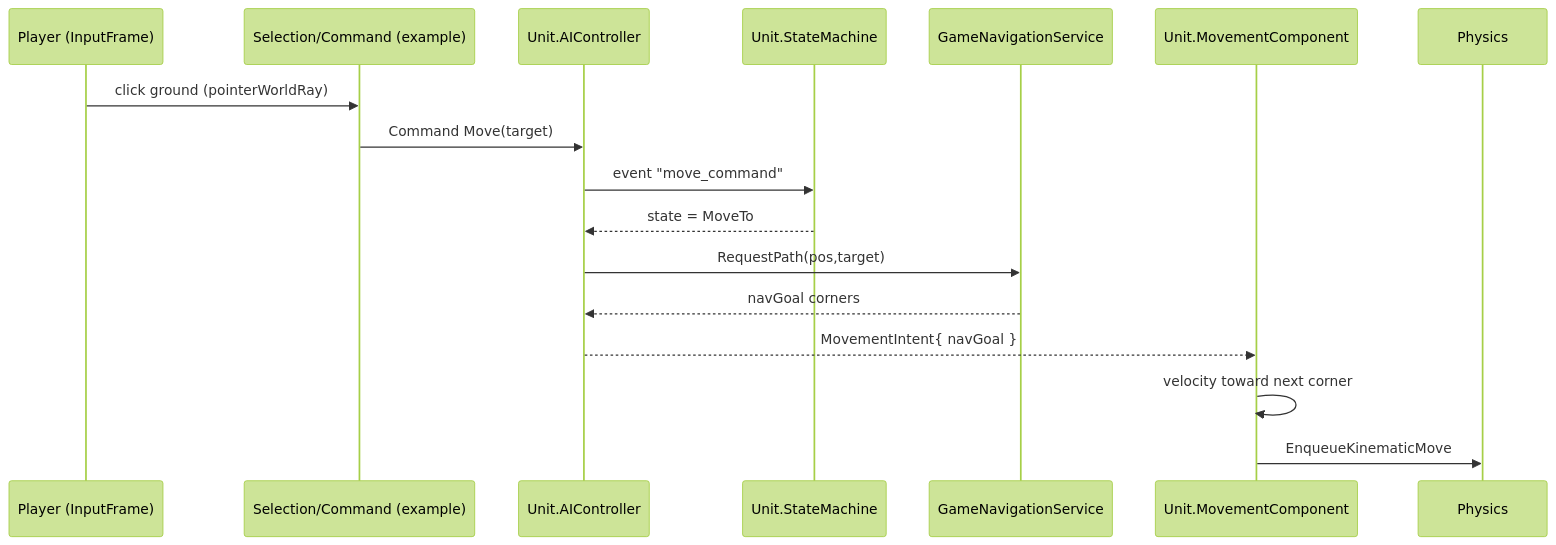
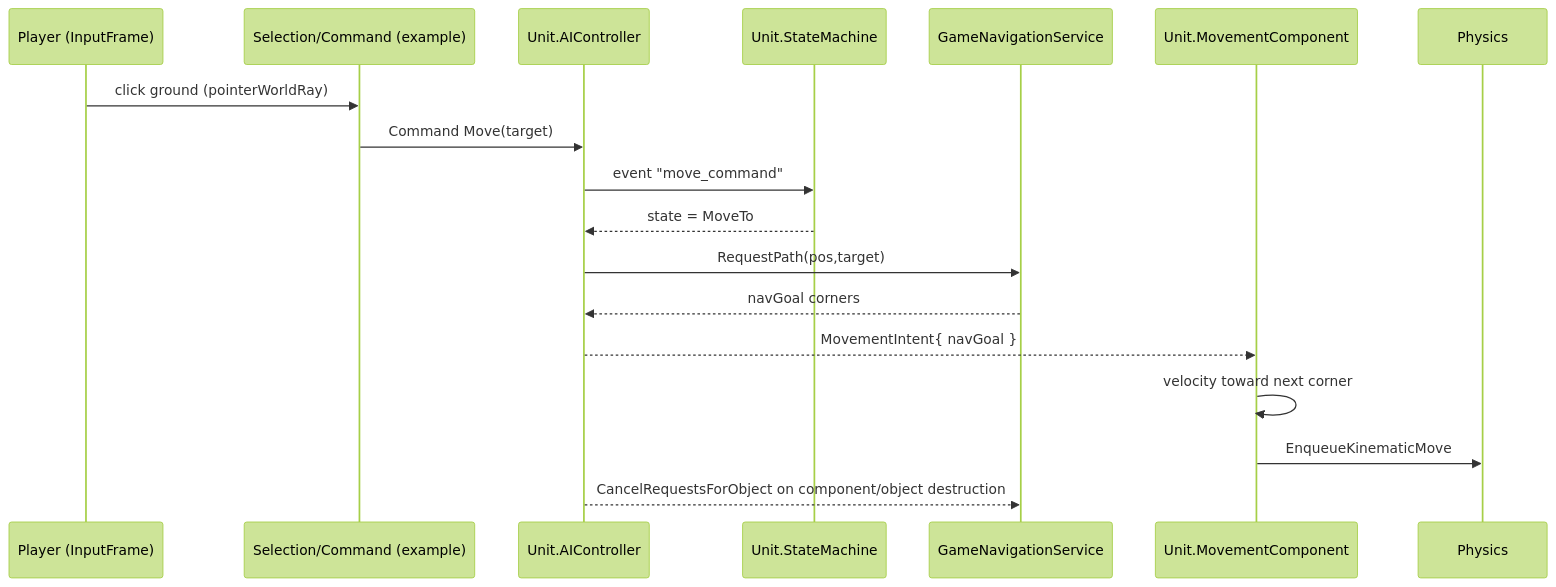
The sixth of 8 diagrams in documentation/game/game-entity-system-spec.md (0Camus0/T850), drawn with Mermaid (forest theme) before and after one commit. The commit also changed other lines of this file and 92 other files, not shown here.

````diff
--- a/documentation/game/game-entity-system-spec.md
+++ b/documentation/game/game-entity-system-spec.md
@@ -824,18 +824,19 @@
 ```mermaid
 sequenceDiagram
   participant P as Player (InputFrame)
   participant SEL as Selection/Command (example)
   participant U as Unit.AIController
   participant SM as Unit.StateMachine
   participant NAV as GameNavigationService
   participant MOVE as Unit.MovementComponent
   P->>SEL: click ground (pointerWorldRay)
   SEL->>U: Command Move(target)
   U->>SM: event "move_command"
   SM-->>U: state = MoveTo
   U->>NAV: RequestPath(pos,target)
   NAV-->>U: navGoal corners
   U-->>MOVE: MovementIntent{ navGoal }
   MOVE->>MOVE: velocity toward next corner
   MOVE->>Physics: EnqueueKinematicMove
+  U-->>NAV: CancelRequestsForObject on component/object destruction
 ```
````
